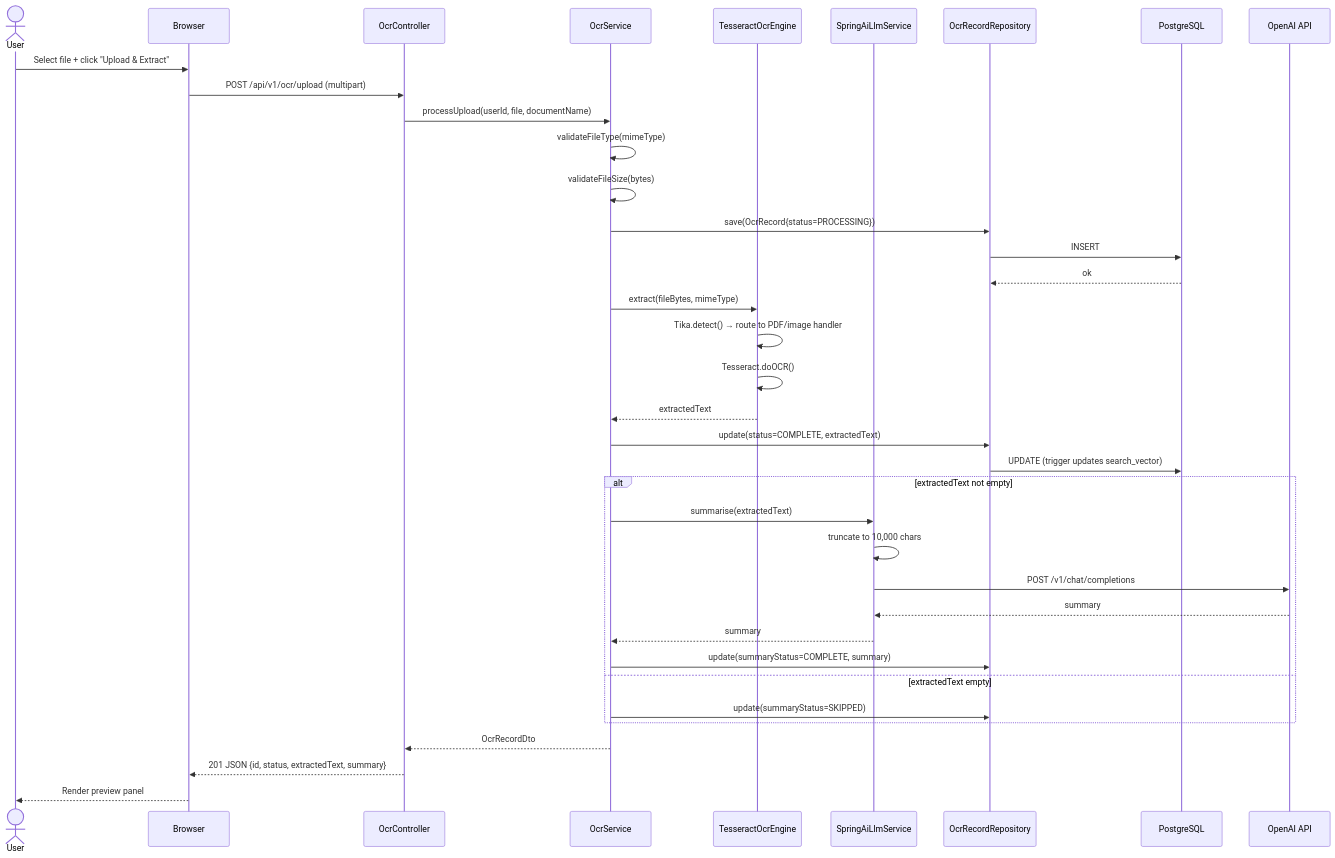
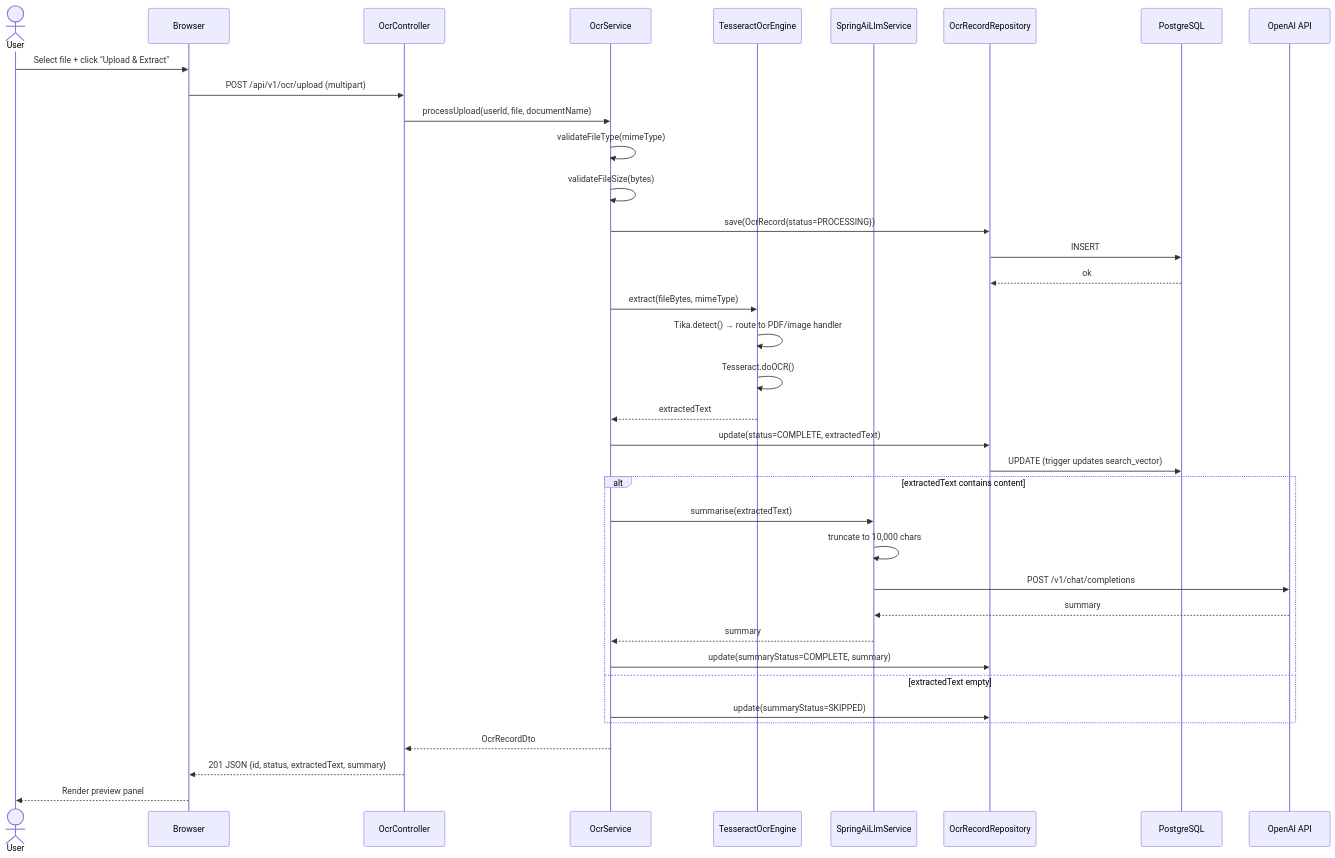
The third of 6 diagrams in ocr-processor/docs/design/DESIGN.md (veerupaddu/ocr-processor), drawn with Mermaid before and after one commit. The commit also changed other lines of this file and 14 other files, not shown here.

````diff
--- a/ocr-processor/docs/design/DESIGN.md
+++ b/ocr-processor/docs/design/DESIGN.md
@@ -365,44 +406,44 @@
 ```mermaid
 sequenceDiagram
     actor User
     participant Browser
     participant OcrController
     participant OcrService
     participant OcrEngine as TesseractOcrEngine
     participant LlmService as SpringAiLlmService
     participant OcrRepo as OcrRecordRepository
     participant DB as PostgreSQL
     participant LLM as OpenAI API
 
     User->>Browser: Select file + click "Upload & Extract"
     Browser->>OcrController: POST /api/v1/ocr/upload (multipart)
     OcrController->>OcrService: processUpload(userId, file, documentName)
     OcrService->>OcrService: validateFileType(mimeType)
     OcrService->>OcrService: validateFileSize(bytes)
     OcrService->>OcrRepo: save(OcrRecord{status=PROCESSING})
     OcrRepo->>DB: INSERT
     DB-->>OcrRepo: ok
 
     OcrService->>OcrEngine: extract(fileBytes, mimeType)
     OcrEngine->>OcrEngine: Tika.detect() → route to PDF/image handler
     OcrEngine->>OcrEngine: Tesseract.doOCR()
     OcrEngine-->>OcrService: extractedText
 
     OcrService->>OcrRepo: update(status=COMPLETE, extractedText)
     OcrRepo->>DB: UPDATE (trigger updates search_vector)
 
-    alt extractedText not empty
+    alt extractedText contains content
         OcrService->>LlmService: summarise(extractedText)
         LlmService->>LlmService: truncate to 10,000 chars
         LlmService->>LLM: POST /v1/chat/completions
         LLM-->>LlmService: summary
         LlmService-->>OcrService: summary
         OcrService->>OcrRepo: update(summaryStatus=COMPLETE, summary)
     else extractedText empty
         OcrService->>OcrRepo: update(summaryStatus=SKIPPED)
     end
 
     OcrService-->>OcrController: OcrRecordDto
     OcrController-->>Browser: 201 JSON {id, status, extractedText, summary}
     Browser-->>User: Render preview panel
 ```
````
